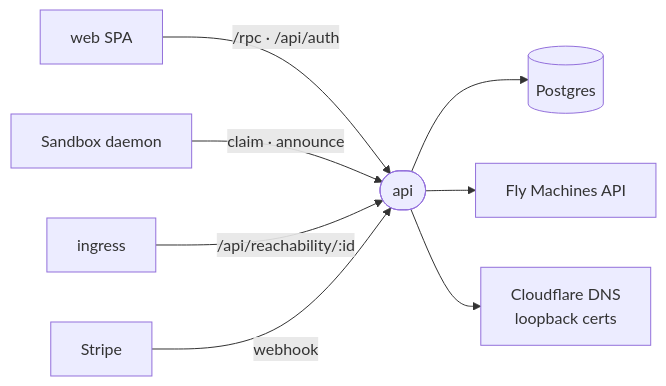
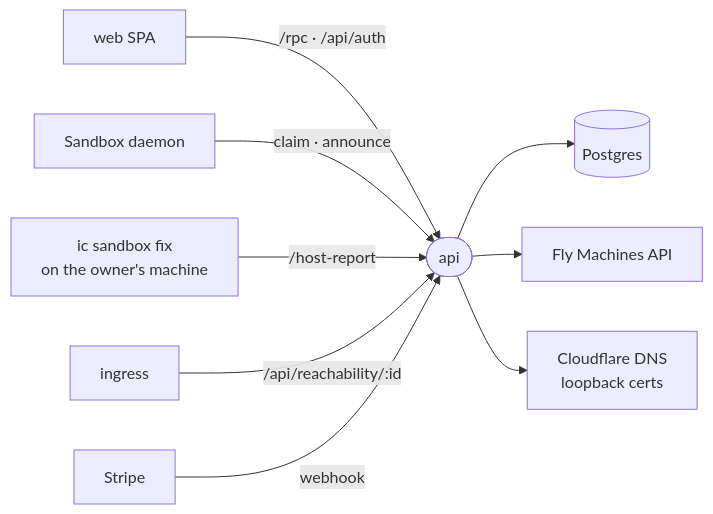
Before and after one commit to intentic/intentic: the diagram in _platform/api/README.md, drawn with Mermaid. The commit also changed other lines of this file and 146 other files, not shown here.

````diff
--- a/_platform/api/README.md
+++ b/_platform/api/README.md
@@ -5,10 +5,11 @@
 ```mermaid
 flowchart LR
     spa["web SPA"] -- "/rpc · /api/auth" --> api(["api"])
     daemon["Sandbox daemon"] -- "claim · announce" --> api
+    host["ic sandbox fix<br/>on the owner's machine"] -- "/host-report" --> api
     ingress["ingress"] -- "/api/reachability/:id" --> api
     stripe["Stripe"] -- "webhook" --> api
     api --> db[("Postgres")]
     api --> fly["Fly Machines API"]
     api --> cf["Cloudflare DNS<br/>loopback certs"]
 ```
````
